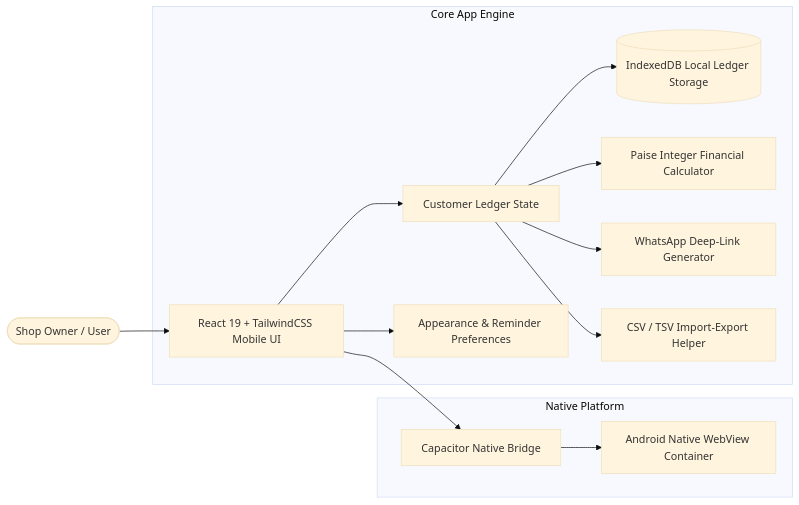
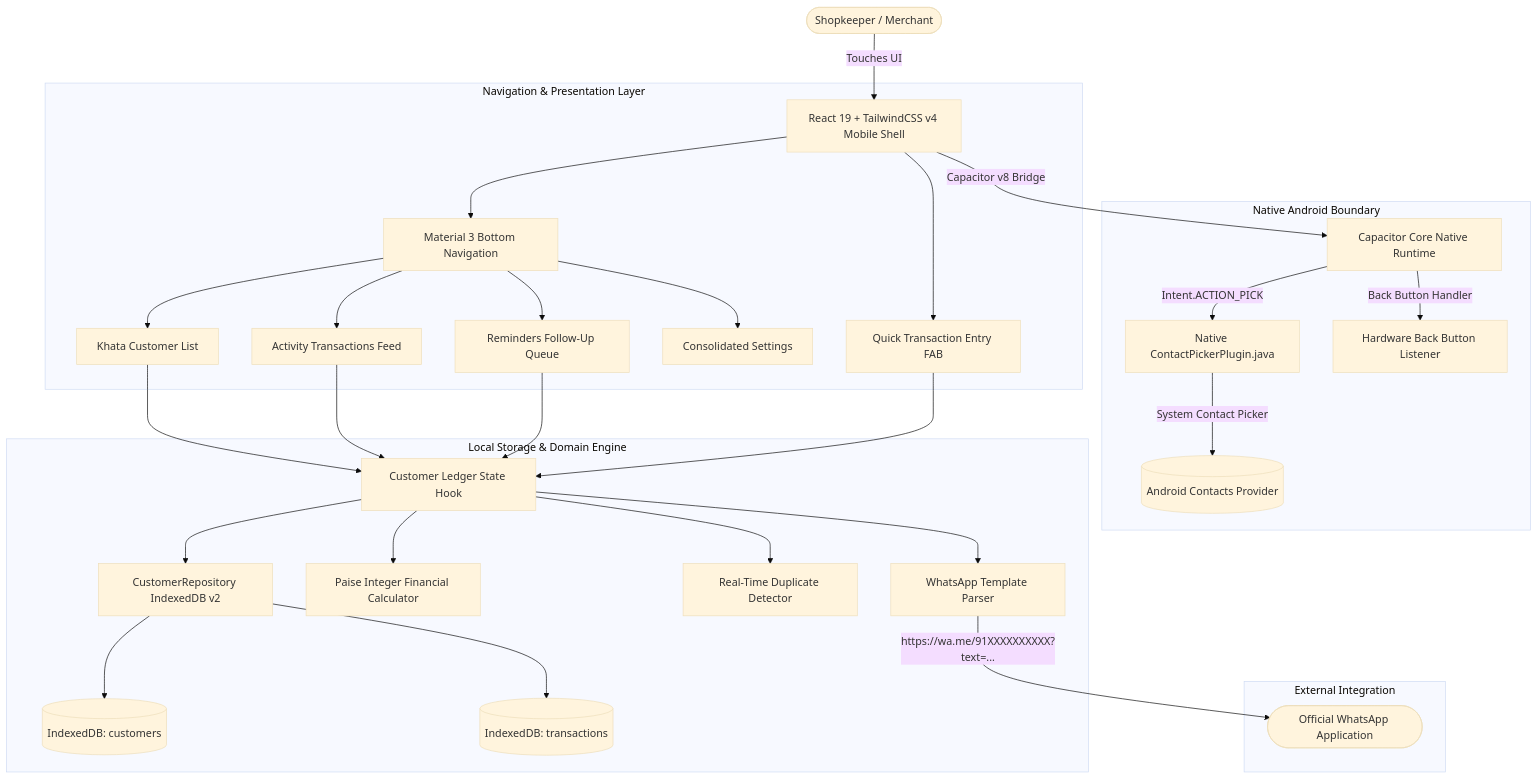
One commit to joydeepdas-01/BahiKhata changed the second of 4 diagrams in README.md. Above: the diagram before and after it, drawn with Mermaid (base theme). The commit also changed other lines of this file and 24 other files, not shown here.

Commit message:
feat(v2.0.0): complete UI/UX modernization, native Android contact picker, double-entry ledger, and redesigned workflows

````diff
--- a/README.md
+++ b/README.md
@@ -40,18 +149,34 @@
 ```mermaid
-flowchart LR
-    User([Shop Owner / User]) --> Shell[React 19 + TailwindCSS Mobile UI]
+flowchart TD
+    User([Shopkeeper / Merchant]) -->|Touches UI| MobileShell[React 19 + TailwindCSS v4 Mobile Shell]
     
-    subgraph Core App Engine
-        Shell --> CustomerState[Customer Ledger State]
-        Shell --> DisplaySettings[Appearance & Reminder Preferences]
-        CustomerState --> DB[(IndexedDB Local Ledger Storage)]
-        CustomerState --> FinancialCalc[Paise Integer Financial Calculator]
-        CustomerState --> WhatsAppEngine[WhatsApp Deep-Link Generator]
-        CustomerState --> CSVEngine[CSV / TSV Import-Export Helper]
+    subgraph Navigation & Presentation Layer
+        MobileShell --> BottomNav[Material 3 Bottom Navigation]
+        BottomNav --> Tab1[Khata Customer List]
+        BottomNav --> Tab2[Activity Transactions Feed]
+        BottomNav --> Tab3[Reminders Follow-Up Queue]
+        BottomNav --> Tab4[Consolidated Settings]
+        MobileShell --> QuickFAB[Quick Transaction Entry FAB]
     end
 
-    subgraph Native Platform
-        Shell --> CapacitorBridge[Capacitor Native Bridge]
-        CapacitorBridge --> AndroidApp[Android Native WebView Container]
+    subgraph Native Android Boundary
+        MobileShell -->|Capacitor v8 Bridge| CapCore[Capacitor Core Native Runtime]
+        CapCore -->|Intent.ACTION_PICK| ContactPlugin[Native ContactPickerPlugin.java]
+        CapCore -->|Back Button Handler| AndroidBack[Hardware Back Button Listener]
+        ContactPlugin -->|System Contact Picker| AndroidOS[(Android Contacts Provider)]
+    end
+
+    subgraph Local Storage & Domain Engine
+        Tab1 & Tab2 & Tab3 & QuickFAB --> CustomerContext[Customer Ledger State Hook]
+        CustomerContext --> Repos[CustomerRepository IndexedDB v2]
+        Repos --> DB_Customers[(IndexedDB: customers)]
+        Repos --> DB_Transactions[(IndexedDB: transactions)]
+        CustomerContext --> Calc[Paise Integer Financial Calculator]
+        CustomerContext --> DupDetect[Real-Time Duplicate Detector]
+        CustomerContext --> WAEval[WhatsApp Template Parser]
+    end
+
+    subgraph External Integration
+        WAEval -->|https://wa.me/91XXXXXXXXXX?text=...| WhatsAppApp([Official WhatsApp Application])
     end
 ```
````
